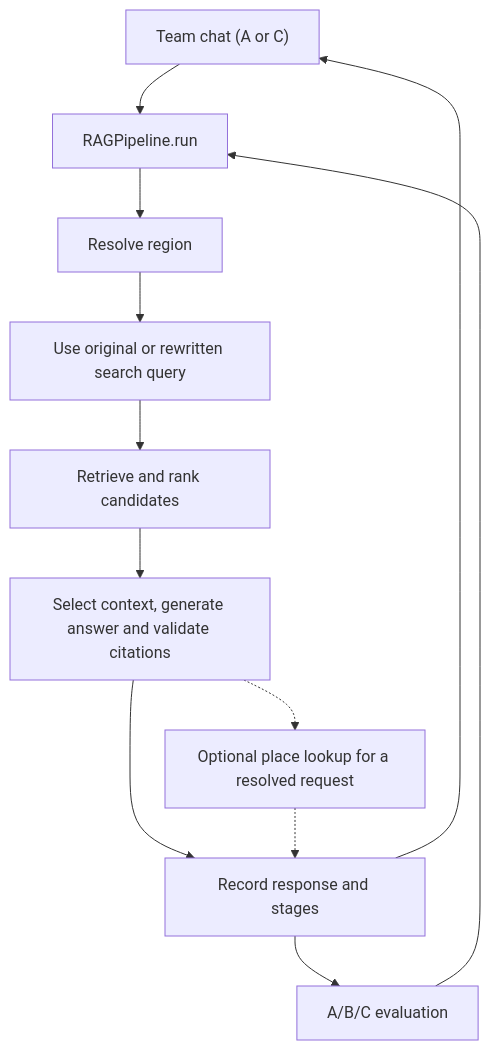
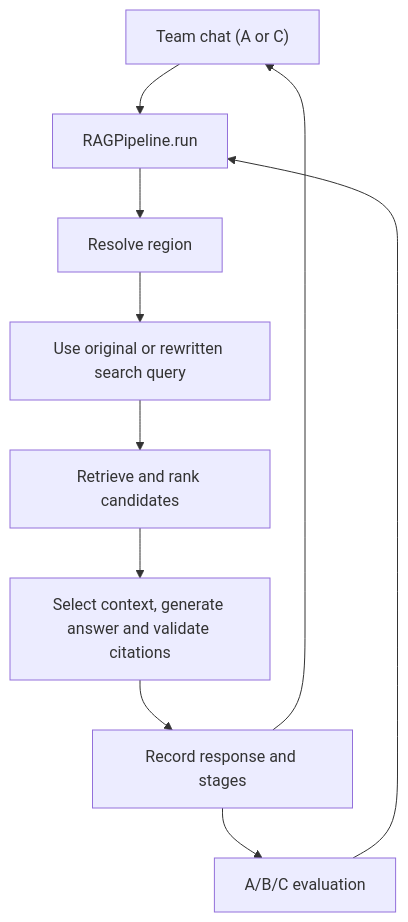
The diagram in docs/architecture.md (kssk3/best-driver-rag-project), drawn with Mermaid before and after one commit. The commit also changed other lines of this file and 6 other files, not shown here.

````diff
--- a/docs/architecture.md
+++ b/docs/architecture.md
@@ -133,14 +131,12 @@
 ```mermaid
 flowchart TD
     UI["Team chat (A or C)"] --> P["RAGPipeline.run"]
     E["A/B/C evaluation"] --> P
     P --> R["Resolve region"]
     R --> Q["Use original or rewritten search query"]
     Q --> S["Retrieve and rank candidates"]
     S --> G["Select context, generate answer and validate citations"]
     G --> O["Record response and stages"]
-    G -.-> L["Optional place lookup for a resolved request"]
-    L -.-> O
     O --> UI
     O --> E
 ```
````
